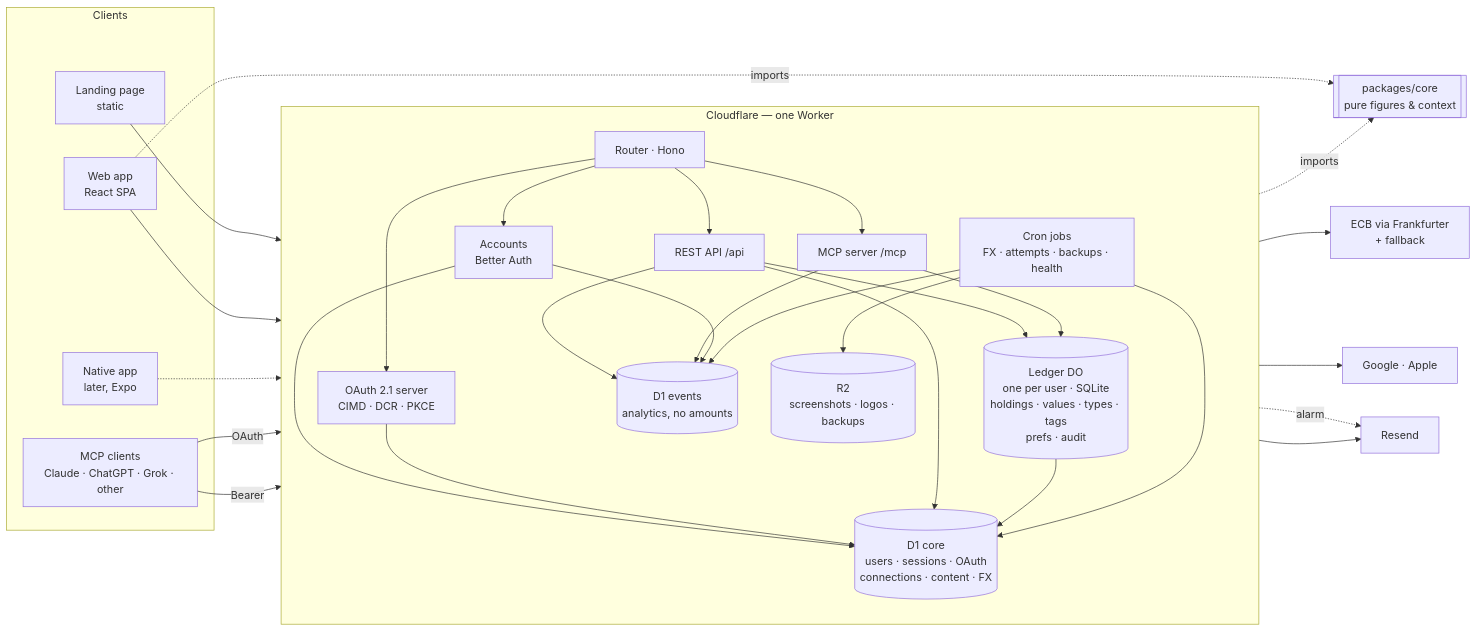
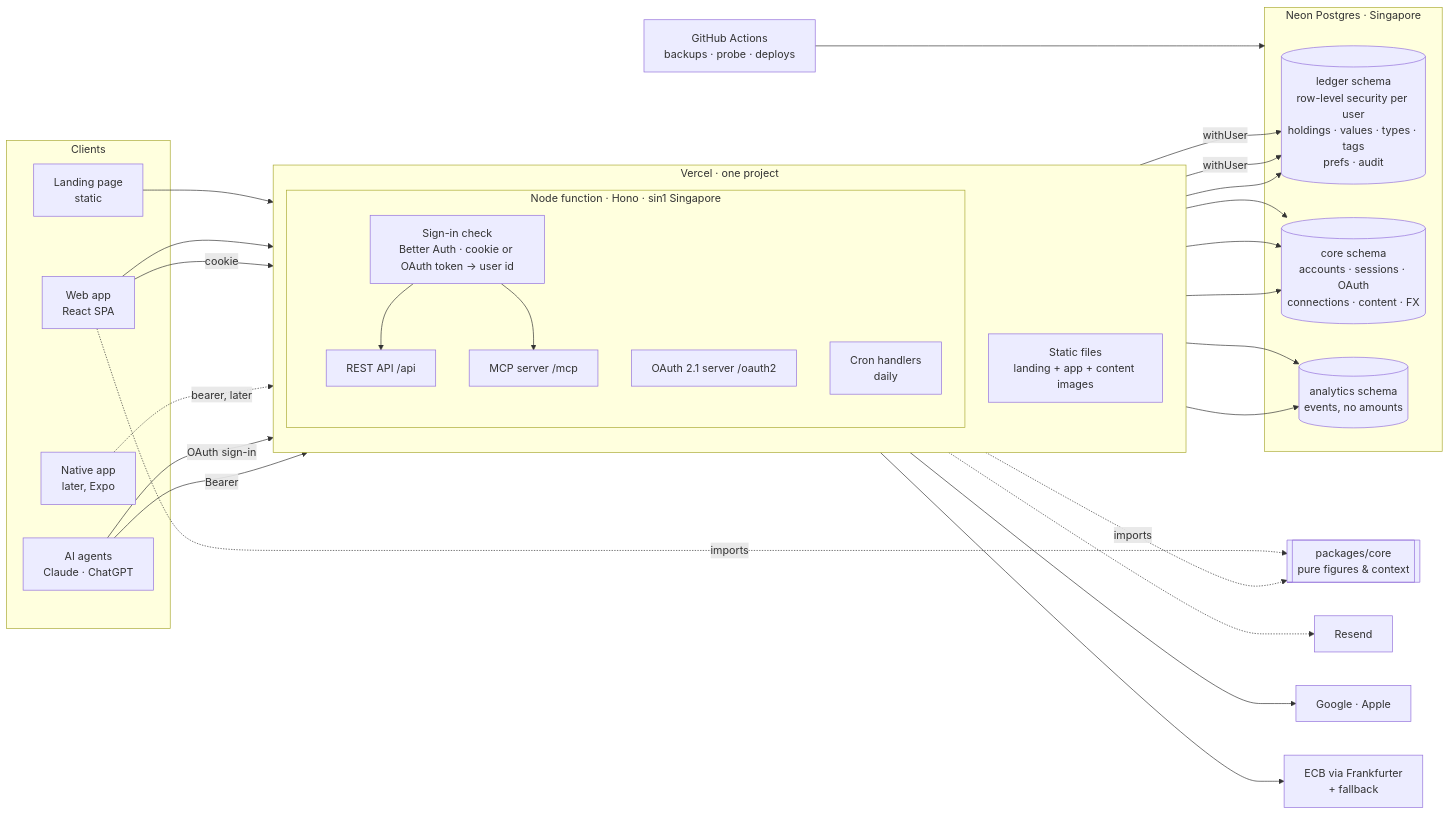
One commit to terrence0488/netnet changed the first of 2 diagrams in docs/03-architecture.md. Above: the diagram before and after it, drawn with Mermaid. The commit also changed other lines of this file and 4 other files, not shown here.

First line of the commit message:
Stage 3: adopt Vercel + Neon; Claude and ChatGPT only at launch

````diff
--- a/docs/03-architecture.md
+++ b/docs/03-architecture.md
@@ -116,46 +109,50 @@
 ```mermaid
 flowchart LR
   subgraph clients[Clients]
     LP[Landing page<br/>static]
     WEB[Web app<br/>React SPA]
-    AG[MCP clients<br/>Claude · ChatGPT · Grok · other]
+    AG[AI agents<br/>Claude · ChatGPT]
     NAT[Native app<br/>later, Expo]
   end
 
-  subgraph cf[Cloudflare — one Worker]
+  subgraph vercel[Vercel · one project]
     direction TB
-    RT[Router · Hono]
-    AUTH[Accounts<br/>Better Auth]
-    AS[OAuth 2.1 server<br/>CIMD · DCR · PKCE]
-    API[REST API /api]
-    MCP[MCP server /mcp]
-    JOBS[Cron jobs<br/>FX · attempts · backups · health]
-    LED[(Ledger DO<br/>one per user · SQLite<br/>holdings · values · types · tags<br/>prefs · audit)]
-    CORE[(D1 core<br/>users · sessions · OAuth<br/>connections · content · FX)]
-    EV[(D1 events<br/>analytics, no amounts)]
-    R2[(R2<br/>screenshots · logos · backups)]
+    STATIC[Static files<br/>landing + app + content images]
+    subgraph fn[Node function · Hono · sin1 Singapore]
+      GATE[Sign-in check<br/>Better Auth · cookie or OAuth token → user id]
+      API[REST API /api]
+      AS[OAuth 2.1 server /oauth2]
+      MCP[MCP server /mcp]
+      CRON[Cron handlers<br/>daily]
+    end
   end
 
+  subgraph neon[Neon Postgres · Singapore]
+    LEDGER[(ledger schema<br/>row-level security per user<br/>holdings · values · types · tags<br/>prefs · audit)]
+    CORE[(core schema<br/>accounts · sessions · OAuth<br/>connections · content · FX)]
+    EV[(analytics schema<br/>events, no amounts)]
+  end
+
+  GH[GitHub Actions<br/>backups · probe · deploys]
   PKG[[packages/core<br/>pure figures & context]]
 
-  LP --> RT
-  WEB --> RT
-  NAT -.-> RT
-  AG -->|OAuth| AS
-  AG -->|Bearer| MCP
-  RT --> AUTH & AS & API & MCP
-  API --> LED
-  MCP --> LED
-  AUTH --> CORE
+  LP --> STATIC
+  WEB --> STATIC
+  WEB -->|cookie| GATE
+  NAT -.->|bearer, later| GATE
+  AG -->|OAuth sign-in| AS
+  AG -->|Bearer| GATE
+  GATE --> API & MCP
+  API -->|withUser| LEDGER
+  MCP -->|withUser| LEDGER
+  GATE --> CORE
   AS --> CORE
-  API --> CORE
-  LED --> CORE
-  API & MCP & AUTH & JOBS --> EV
-  JOBS --> CORE & R2
-  LED -. alarm .-> MAIL[Resend]
-  AUTH --> MAIL
-  AUTH --> IDP[Google · Apple]
-  JOBS --> FX[ECB via Frankfurter<br/>+ fallback]
+  API & MCP --> EV
+  CRON --> CORE & LEDGER
+  GH --> neon
+  CRON -.-> MAIL[Resend]
+  GATE --> IDP[Google · Apple]
+  CRON --> FX[ECB via Frankfurter<br/>+ fallback]
   WEB -.imports.-> PKG
-  LED -.imports.-> PKG
+  fn -.imports.-> PKG
 ```
````
